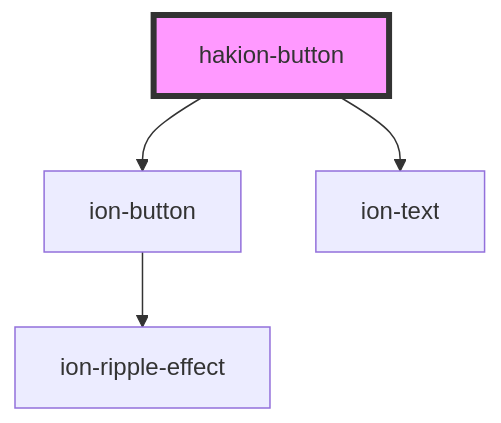
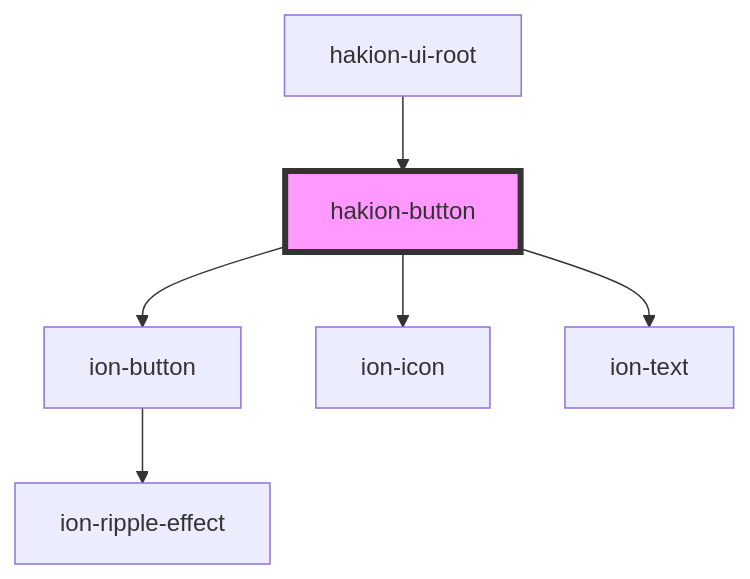
One commit to Hakkei-Co/nub-ui changed the diagram in src/components/hakion-button/readme.md. Above: the diagram before and after it, drawn with Mermaid. The commit also changed other lines of this file and 7 other files, not shown here.

````diff
--- a/src/components/hakion-button/readme.md
+++ b/src/components/hakion-button/readme.md
@@ -33,7 +52,9 @@
 ```mermaid
 graph TD;
   hakion-button --> ion-button
+  hakion-button --> ion-icon
   hakion-button --> ion-text
   ion-button --> ion-ripple-effect
+  hakion-ui-root --> hakion-button
   style hakion-button fill:#f9f,stroke:#333,stroke-width:4px
 ```
````
